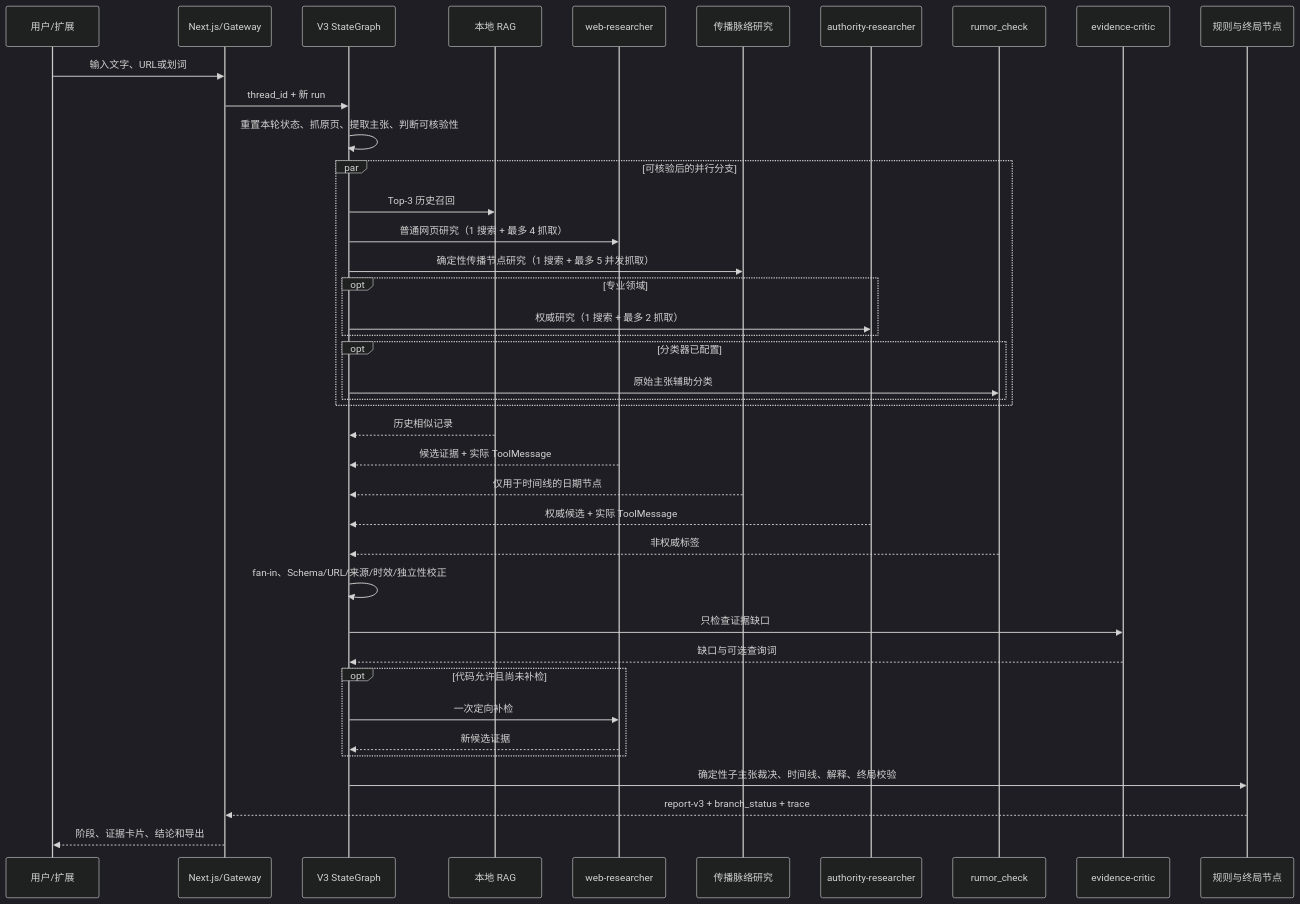
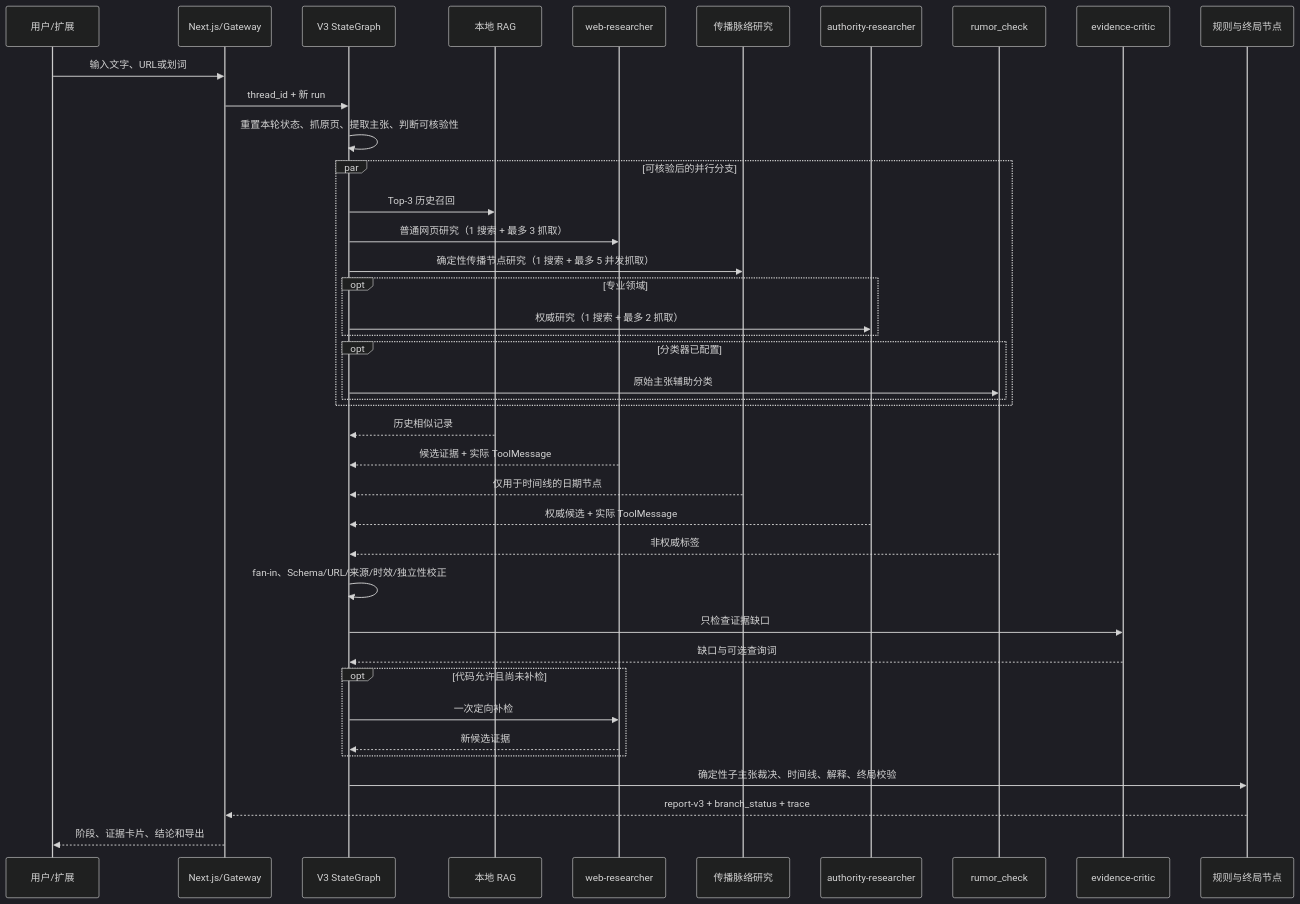
Before and after one commit to zjs-ws/rumor-detector-demo: the second of 2 diagrams in docs/ARCHITECTURE_OWNERSHIP.md, drawn with Mermaid (dark theme). The commit also changed 19 other files, not shown here.

````diff
--- a/docs/ARCHITECTURE_OWNERSHIP.md
+++ b/docs/ARCHITECTURE_OWNERSHIP.md
@@ -59,42 +59,42 @@
 ```mermaid
 sequenceDiagram
   participant U as 用户/扩展
   participant F as Next.js/Gateway
   participant G as V3 StateGraph
   participant R as 本地 RAG
   participant W as web-researcher
   participant T as 传播脉络研究
   participant A as authority-researcher
   participant M as rumor_check
   participant C as evidence-critic
   participant D as 规则与终局节点
   U->>F: 输入文字、URL或划词
   F->>G: thread_id + 新 run
   G->>G: 重置本轮状态、抓原页、提取主张、判断可核验性
   par 可核验后的并行分支
     G->>R: Top-3 历史召回
-    G->>W: 普通网页研究（1 搜索 + 最多 4 抓取）
+    G->>W: 普通网页研究（1 搜索 + 最多 3 抓取）
     G->>T: 确定性传播节点研究（1 搜索 + 最多 5 并发抓取）
     opt 专业领域
       G->>A: 权威研究（1 搜索 + 最多 2 抓取）
     end
     opt 分类器已配置
       G->>M: 原始主张辅助分类
     end
   end
   R-->>G: 历史相似记录
   W-->>G: 候选证据 + 实际 ToolMessage
   T-->>G: 仅用于时间线的日期节点
   A-->>G: 权威候选 + 实际 ToolMessage
   M-->>G: 非权威标签
   G->>G: fan-in、Schema/URL/来源/时效/独立性校正
   G->>C: 只检查证据缺口
   C-->>G: 缺口与可选查询词
   opt 代码允许且尚未补检
     G->>W: 一次定向补检
     W-->>G: 新候选证据
   end
   G->>D: 确定性子主张裁决、时间线、解释、终局校验
   D-->>F: report-v3 + branch_status + trace
   F-->>U: 阶段、证据卡片、结论和导出
 ```
````
